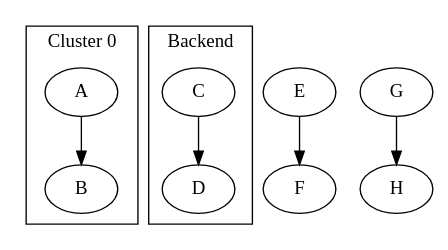
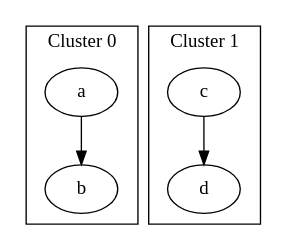
The tenth of 23 diagrams in docs/kroki/graphviz/syntax-rules.md (chyax98/DiagramAI), drawn with Graphviz before and after one commit. The commit also changed other lines of this file and 52 other files, not shown here.

````diff
--- a/docs/kroki/graphviz/syntax-rules.md
+++ b/docs/kroki/graphviz/syntax-rules.md
@@ -218,30 +144,14 @@
 ```dot
 digraph {
-  // ✅ 集群子图 (有边框)
+  // 名称必须以 "cluster" 开头
   subgraph cluster_0 {
     label="Cluster 0"
-    A -> B
+    a -> b
   }
-
-  subgraph cluster_backend {
-    label="Backend"
-    C -> D
+  
+  subgraph cluster_1 {
+    label="Cluster 1"
+    c -> d
   }
-
-  // ✅ 普通子图 (无边框,仅分组)
-  subgraph group1 {
-    E -> F
-  }
-
-  // ✅ 匿名子图
-  {
-    G -> H
-  }
-
-  // ❌ 错误: 不以 cluster 开头但期望边框
-  // subgraph backend {  # 不会显示边框
-  //   label="Backend"
-  //   ...
-  // }
 }
 ```
````
